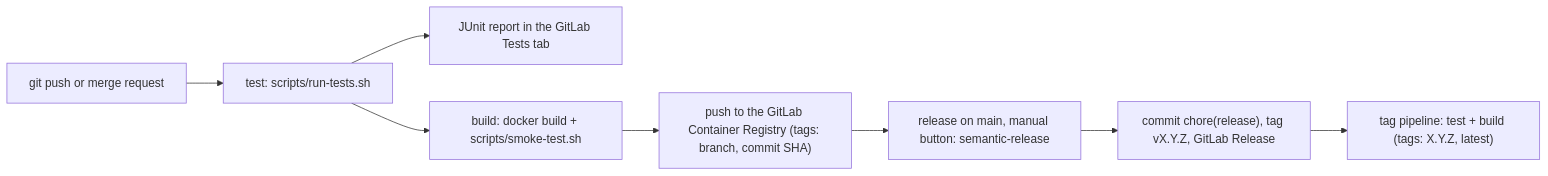
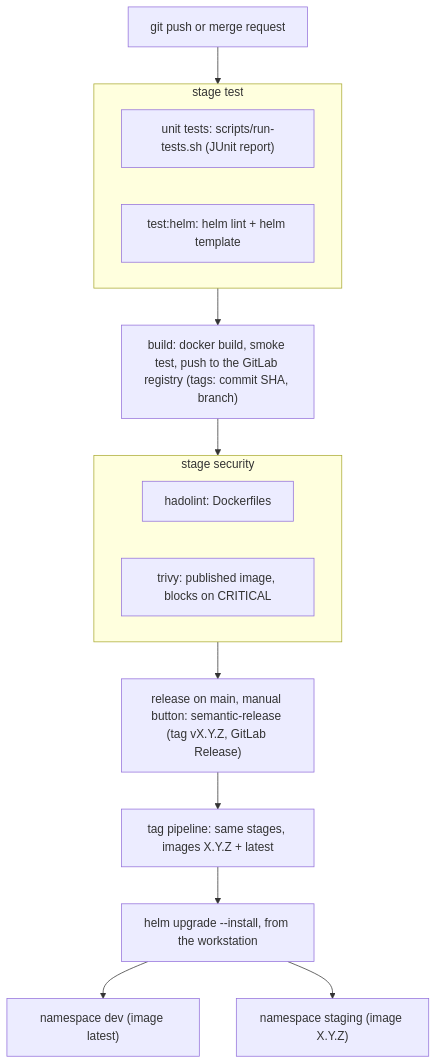
One commit to yohanbouchet/web-device-34-api changed the diagram in README.md. Above: the diagram before and after it, drawn with Mermaid. The commit also changed other lines of this file, not shown here.

Commit message:
docs(readme): documente le stage de sécurité, la validation Helm, le schéma de la chaîne et les limites connues

````diff
--- a/README.md
+++ b/README.md
@@ -133,10 +134,21 @@
 ```mermaid
-flowchart LR
-  A[git push or merge request] --> B[test: scripts/run-tests.sh]
-  B --> C[JUnit report in the GitLab Tests tab]
-  B --> D[build: docker build + scripts/smoke-test.sh]
-  D --> E["push to the GitLab Container Registry (tags: branch, commit SHA)"]
-  E --> F["release on main, manual button: semantic-release"]
-  F --> G["commit chore(release), tag vX.Y.Z, GitLab Release"]
-  G --> H["tag pipeline: test + build (tags: X.Y.Z, latest)"]
+flowchart TB
+  A[git push or merge request] --> T
+  subgraph T [stage test]
+    direction LR
+    T1["unit tests: scripts/run-tests.sh (JUnit report)"]
+    T2["test:helm: helm lint + helm template"]
+  end
+  T --> B["build: docker build, smoke test, push to the GitLab registry (tags: commit SHA, branch)"]
+  B --> S
+  subgraph S [stage security]
+    direction LR
+    S1["hadolint: Dockerfiles"]
+    S2["trivy: published image, blocks on CRITICAL"]
+  end
+  S --> R["release on main, manual button: semantic-release (tag vX.Y.Z, GitLab Release)"]
+  R --> P["tag pipeline: same stages, images X.Y.Z + latest"]
+  P --> H["helm upgrade --install, from the workstation"]
+  H --> D["namespace dev (image latest)"]
+  H --> G["namespace staging (image X.Y.Z)"]
 ```
````
